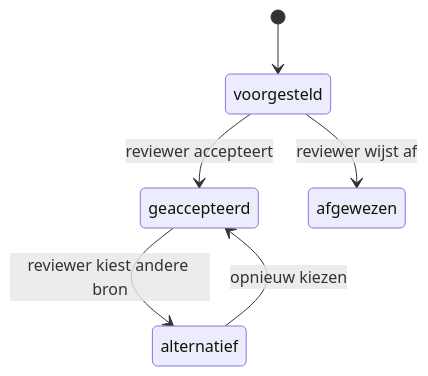
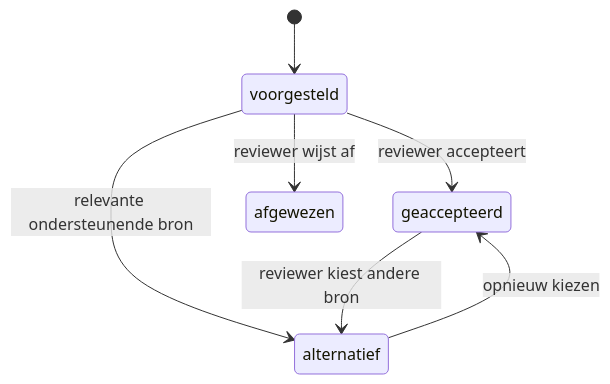
Before and after one commit to arryaetil/KYC4etil: the seventh of 10 diagrams in README.md, drawn with Mermaid. The commit also changed other lines of this file and 19 other files, not shown here.

````diff
--- a/README.md
+++ b/README.md
@@ -309,8 +303,9 @@
 ```mermaid
 stateDiagram-v2
     [*] --> voorgesteld
     voorgesteld --> geaccepteerd: reviewer accepteert
+    voorgesteld --> alternatief: relevante ondersteunende bron
     voorgesteld --> afgewezen: reviewer wijst af
     geaccepteerd --> alternatief: reviewer kiest andere bron
     alternatief --> geaccepteerd: opnieuw kiezen
 ```
````
